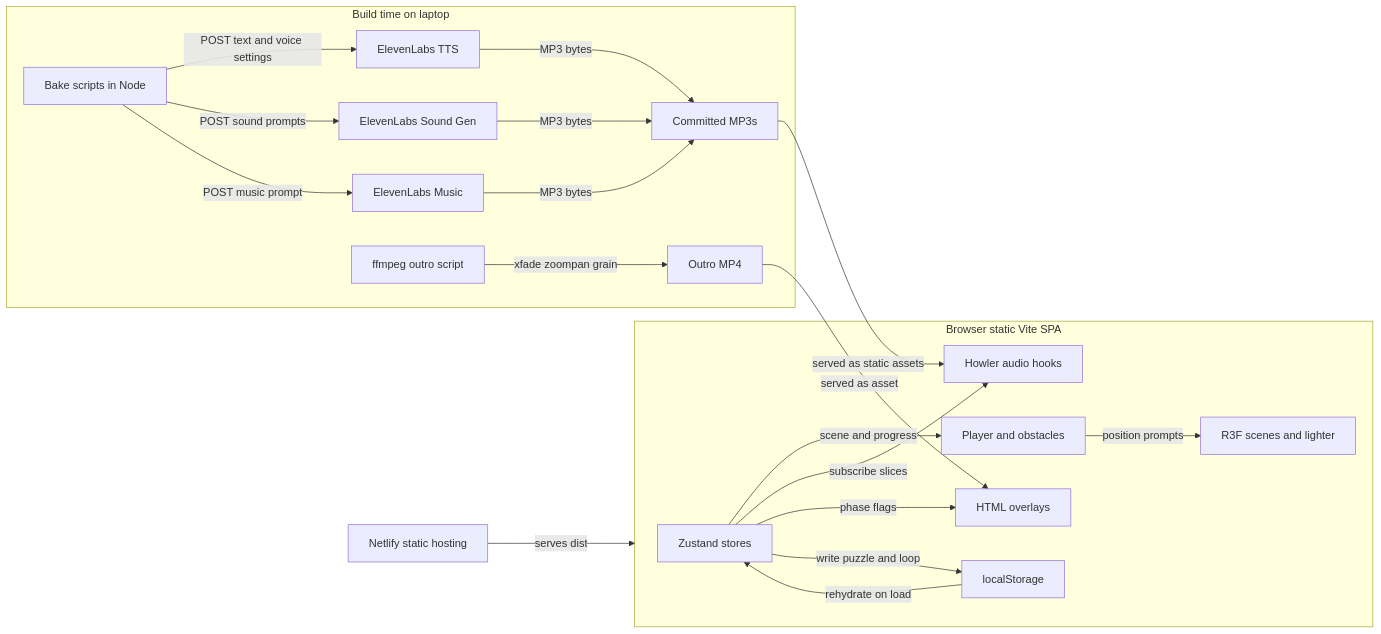
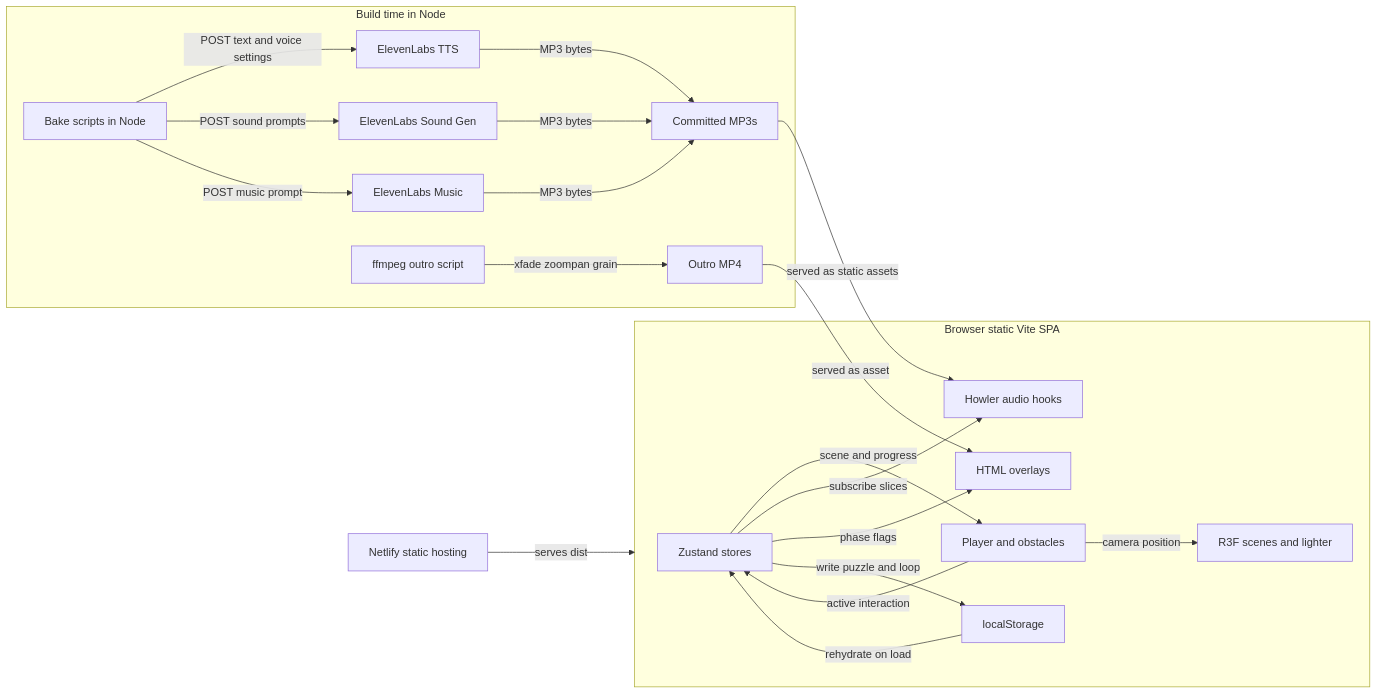
One commit to anirxdh/portfolio changed the diagram in content/diagrams/apartment-4b-horror-game-architecture.mmd. Above: the diagram before and after it, drawn with Mermaid. The commit also changed 77 other files, not shown here.

```diff
--- a/content/diagrams/apartment-4b-horror-game-architecture.mmd
+++ b/content/diagrams/apartment-4b-horror-game-architecture.mmd
@@ -1,21 +1,22 @@
 graph LR
-  subgraph BUILD [Build time on laptop]
+  subgraph BUILD [Build time in Node]
     A[Bake scripts in Node] -->|POST text and voice settings| B[ElevenLabs TTS]
     A -->|POST sound prompts| C[ElevenLabs Sound Gen]
     A -->|POST music prompt| D[ElevenLabs Music]
     B -->|MP3 bytes| E[Committed MP3s]
     C -->|MP3 bytes| E
     D -->|MP3 bytes| E
     F[ffmpeg outro script] -->|xfade zoompan grain| G[Outro MP4]
   end
   subgraph RUNTIME [Browser static Vite SPA]
     H[Zustand stores] -->|scene and progress| I[Player and obstacles]
-    I -->|position prompts| J[R3F scenes and lighter]
+    I -->|camera position| J[R3F scenes and lighter]
+    I -->|active interaction| H
     H -->|subscribe slices| K[Howler audio hooks]
     H -->|phase flags| L[HTML overlays]
     E -->|served as static assets| K
     G -->|served as asset| L
     M[localStorage] -->|rehydrate on load| H
     H -->|write puzzle and loop| M
   end
   N[Netlify static hosting] -->|serves dist| RUNTIME
```
